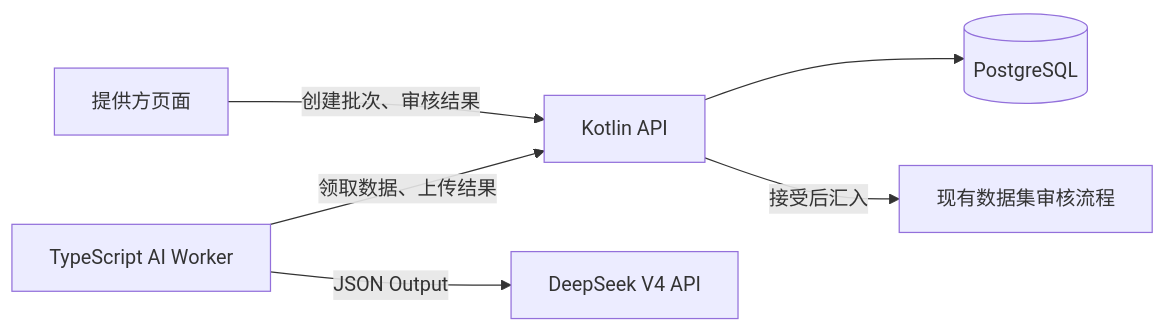
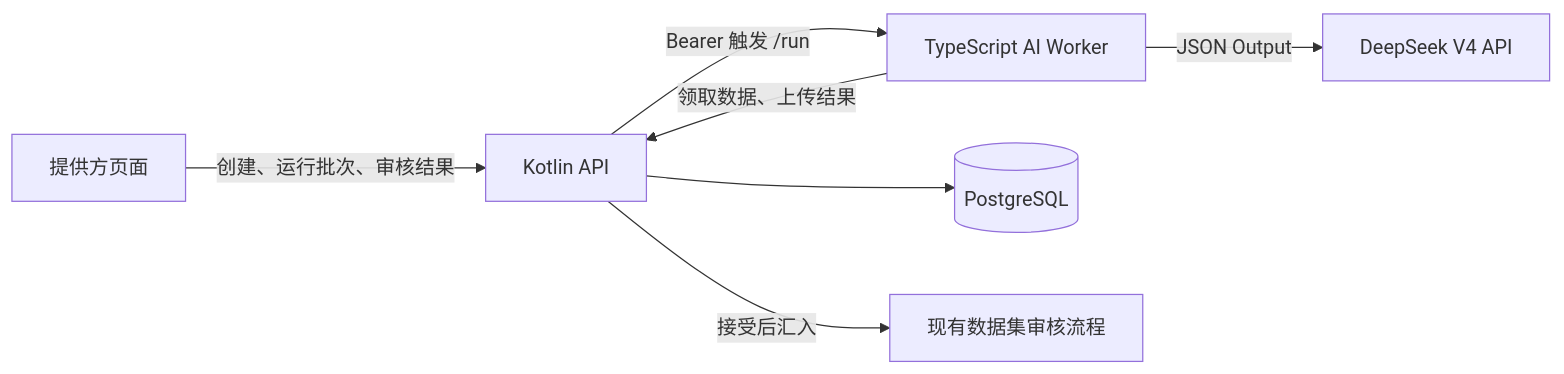
The diagram in spec/大模型标注第一版设计方案.md (ytyuu/Data_Annotation_System), drawn with Mermaid before and after one commit. The commit also changed other lines of this file and 4 other files, not shown here.

Commit message:
docs: document frontend-triggered AI worker flow

````diff
--- a/spec/大模型标注第一版设计方案.md
+++ b/spec/大模型标注第一版设计方案.md
@@ -61,8 +62,9 @@
 ```mermaid
 flowchart LR
-    P["提供方页面"] -->|"创建批次、审核结果"| A["Kotlin API"]
-    W["TypeScript AI Worker"] -->|"领取数据、上传结果"| A
+    P["提供方页面"] -->|"创建、运行批次、审核结果"| A["Kotlin API"]
+    A -->|"Bearer 触发 /run"| W["TypeScript AI Worker"]
+    W -->|"领取数据、上传结果"| A
     W -->|"JSON Output"| D["DeepSeek V4 API"]
     A --> DB[("PostgreSQL")]
     A -->|"接受后汇入"| R["现有数据集审核流程"]
 ```
````
